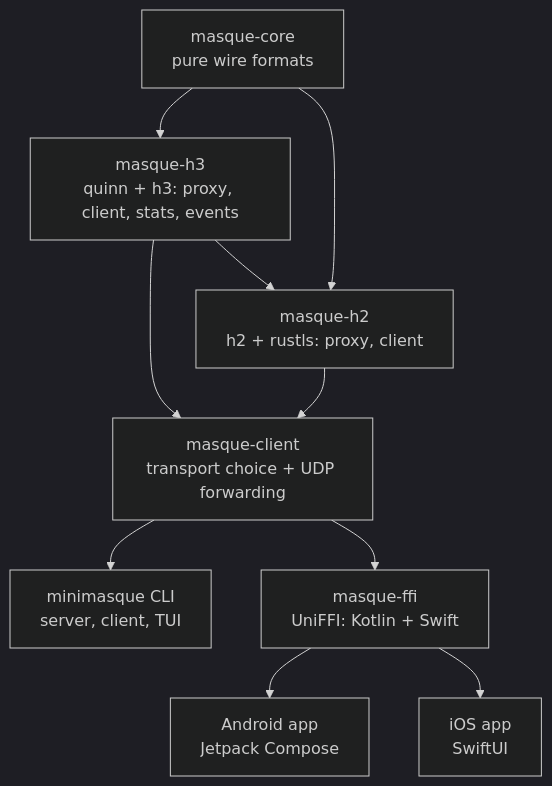
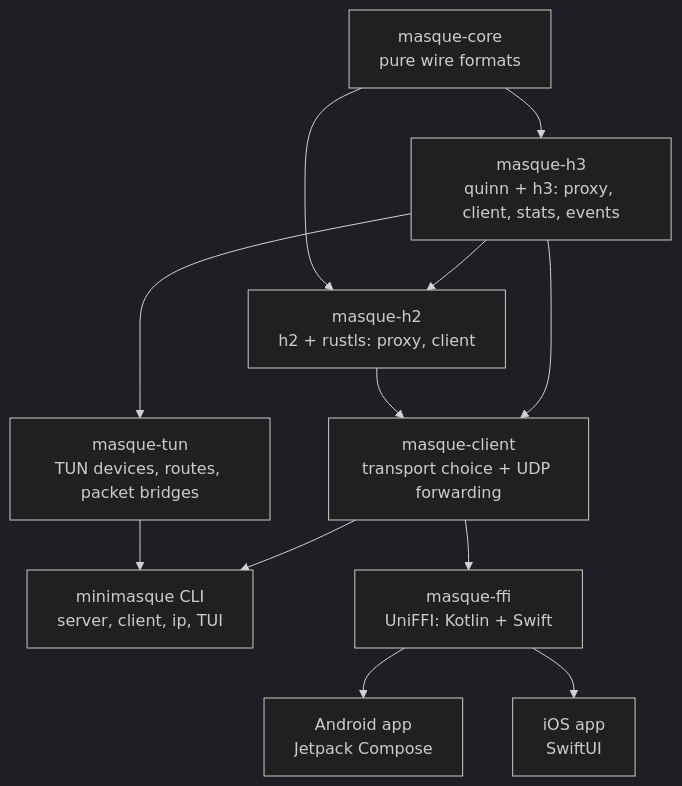
One commit to naimurhasan/minimasque changed the fourth of 4 diagrams in README.md. Above: the diagram before and after it, drawn with Mermaid (dark theme). The commit also changed other lines of this file, not shown here.

Commit message:
docs: CONNECT-IP usage, sequence, tested setups and limits

````diff
--- a/README.md
+++ b/README.md
@@ -145,19 +185,21 @@
 ```mermaid
 flowchart TD
     core["masque-core<br/>pure wire formats"]
     h3["masque-h3<br/>quinn + h3: proxy, client, stats, events"]
     h2["masque-h2<br/>h2 + rustls: proxy, client"]
     client["masque-client<br/>transport choice + UDP forwarding"]
-    cli["minimasque CLI<br/>server, client, TUI"]
+    tun["masque-tun<br/>TUN devices, routes, packet bridges"]
+    cli["minimasque CLI<br/>server, client, ip, TUI"]
     ffi["masque-ffi<br/>UniFFI: Kotlin + Swift"]
     android["Android app<br/>Jetpack Compose"]
     ios["iOS app<br/>SwiftUI"]
     core --> h3 --> h2
     core --> h2
     h3 --> client
     h2 --> client
     client --> cli
+    h3 --> tun --> cli
     client --> ffi
     ffi --> android
     ffi --> ios
 ```
````
